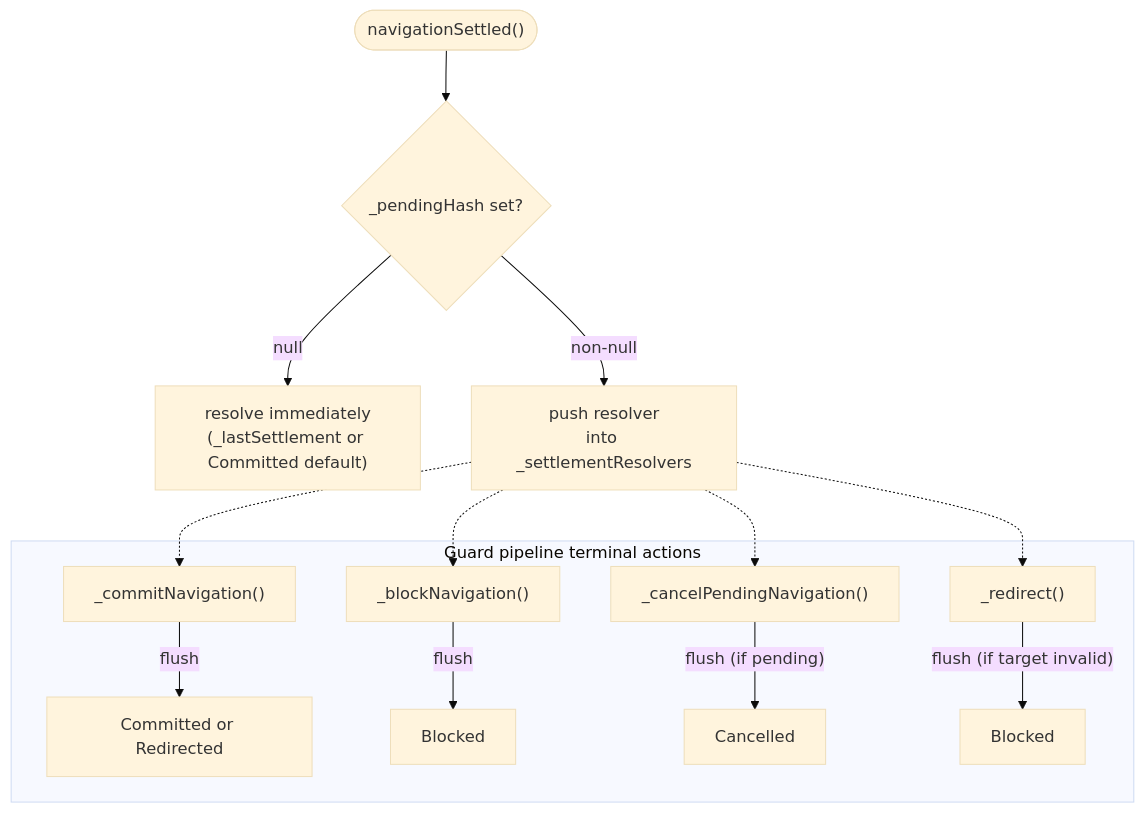
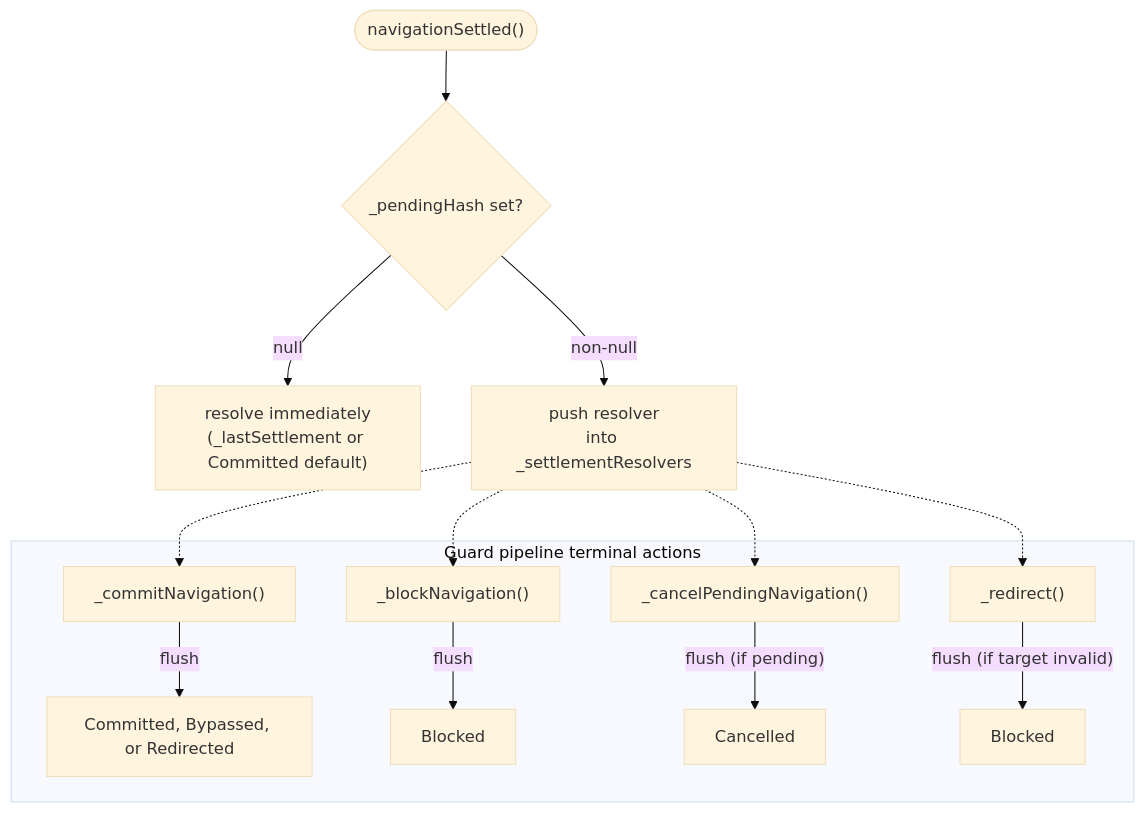
The fourth of 4 diagrams in docs/reference/architecture.md (wridgeu/ui5-lib-guard-router), drawn with Mermaid (base theme) before and after one commit. The commit also changed other lines of this file and 2 other files, not shown here.

````diff
--- a/docs/reference/architecture.md
+++ b/docs/reference/architecture.md
@@ -296,18 +297,18 @@
 ```mermaid
 flowchart TD
     call(["navigationSettled()"]) --> pending{_pendingHash set?}
     pending -- "null" --> immediate["resolve immediately<br/>(_lastSettlement or Committed default)"]
     pending -- "non-null" --> push["push resolver<br/>into _settlementResolvers"]
 
     subgraph "Guard pipeline terminal actions"
-        commit["_commitNavigation()"] -- "flush" --> fcommit["Committed or Redirected"]
+        commit["_commitNavigation()"] -- "flush" --> fcommit["Committed, Bypassed, or Redirected"]
         block["_blockNavigation()"] -- "flush" --> fblock["Blocked"]
         cancel["_cancelPendingNavigation()"] -- "flush (if pending)" --> fcancel["Cancelled"]
         redirect["_redirect()"] -- "flush (if target invalid)" --> fredirect["Blocked"]
     end
 
     push -.-> commit
     push -.-> block
     push -.-> cancel
     push -.-> redirect
 ```
````
